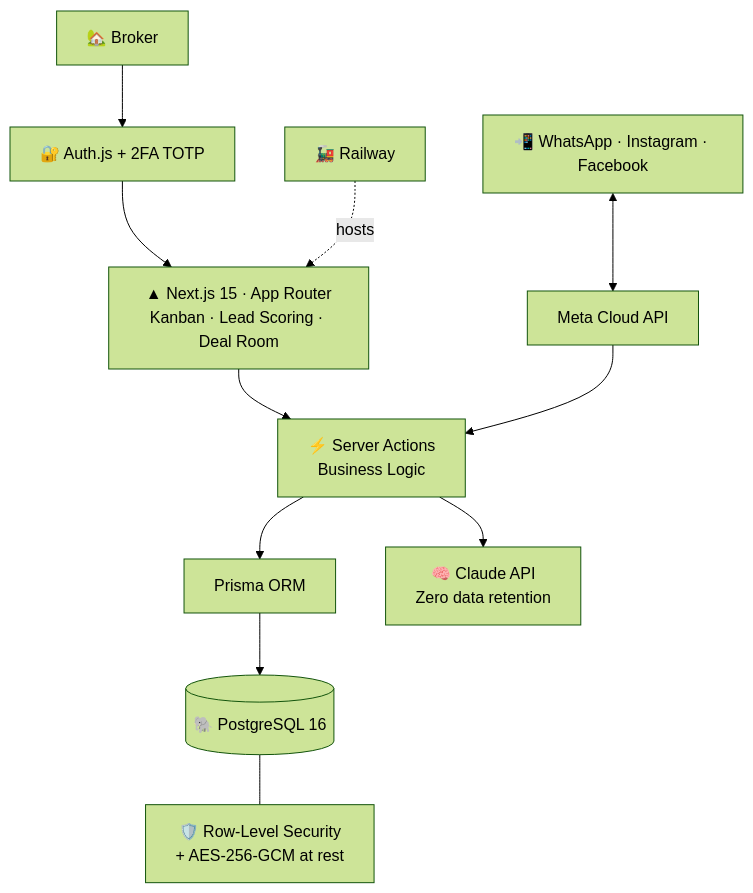
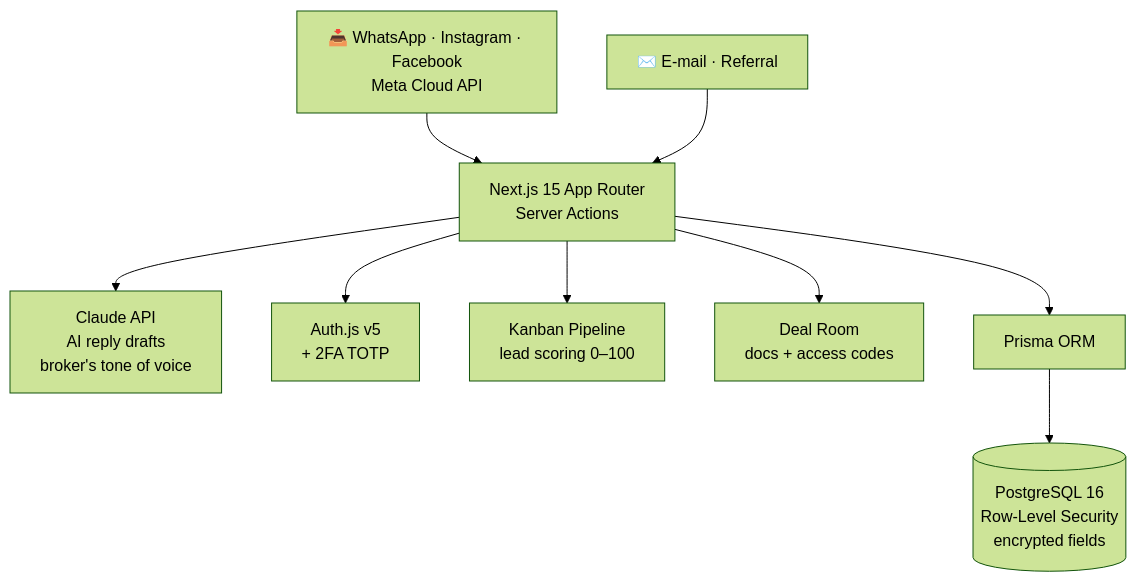
One commit to willgouveiaa/willgouveiaa changed the seventh of 10 diagrams in README.md. Above: the diagram before and after it, drawn with Mermaid (forest theme). The commit also changed other lines of this file, not shown here.

First line of the commit message:
Revise architecture diagrams and project details

````diff
--- a/README.md
+++ b/README.md
@@ -254,13 +243,11 @@
 ```mermaid
-flowchart TD
-    B["🏡 Broker"] --> AUTH["🔐 Auth.js + 2FA TOTP"]
-    AUTH --> UI["▲ Next.js 15 · App Router<br/>Kanban · Lead Scoring · Deal Room"]
-    CH["📲 WhatsApp · Instagram · Facebook"] <--> META["Meta Cloud API"]
-    UI --> SA["⚡ Server Actions<br/>Business Logic"]
-    META --> SA
-    SA --> PR["Prisma ORM"]
-    SA --> CLA["🧠 Claude API<br/>Zero data retention"]
-    PR --> PG[("🐘 PostgreSQL 16")]
-    PG --- RLS["🛡️ Row-Level Security<br/>+ AES-256-GCM at rest"]
-    RW["🚂 Railway"] -. hosts .-> UI
+flowchart TB
+    CH["📥 WhatsApp · Instagram · Facebook<br/>Meta Cloud API"] --> NX
+    EM["✉️ E-mail · Referral"] --> NX
+    NX["Next.js 15 App Router<br/>Server Actions"] --> AI["Claude API<br/>AI reply drafts<br/>broker's tone of voice"]
+    NX --> AUTH["Auth.js v5<br/>+ 2FA TOTP"]
+    NX --> KB["Kanban Pipeline<br/>lead scoring 0–100"]
+    NX --> DR["Deal Room<br/>docs + access codes"]
+    NX --> PR["Prisma ORM"]
+    PR --> PG[("PostgreSQL 16<br/>Row-Level Security<br/>encrypted fields")]
 ```
````
